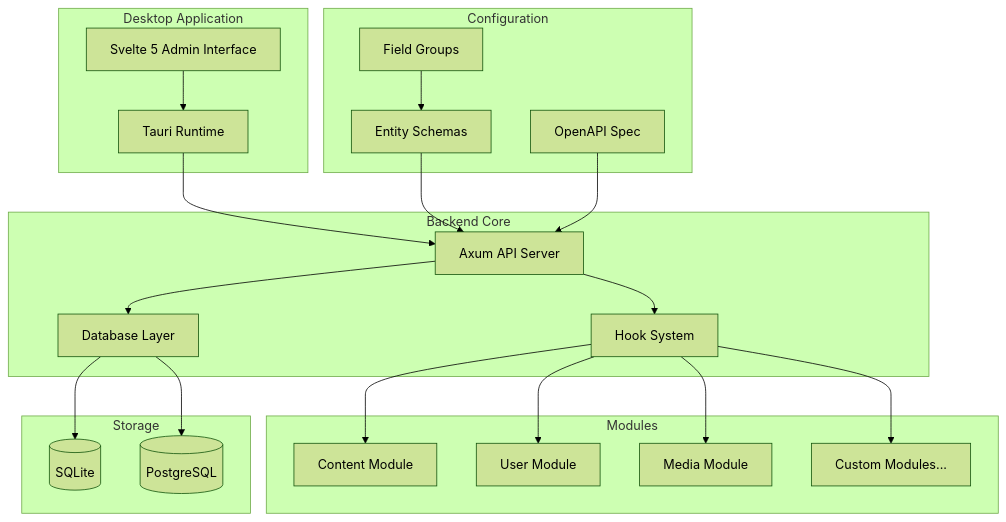
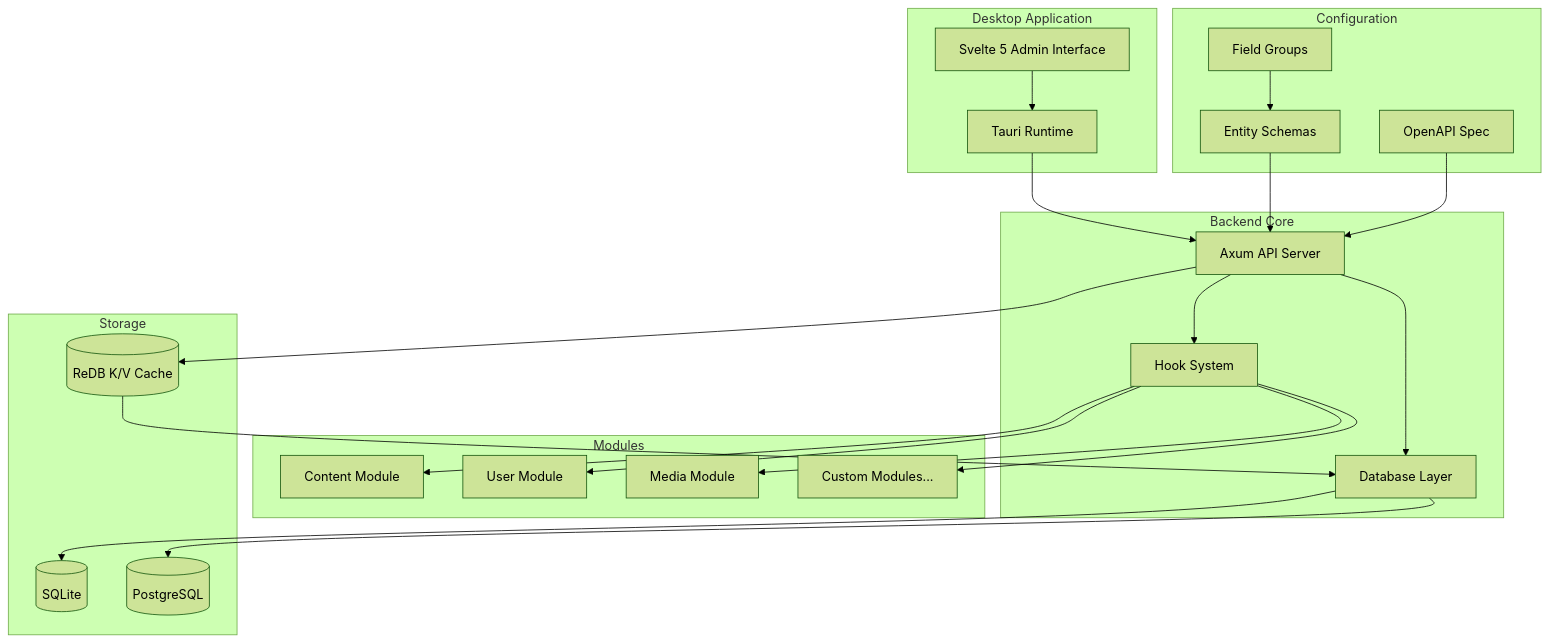
One commit to gatewaynode/marain changed the first of 3 diagrams in documentation/MARAIN-ARCH.md. Above: the diagram before and after it, drawn with Mermaid (forest theme). The commit also changed other lines of this file and 15 other files, not shown here.

````diff
--- a/documentation/MARAIN-ARCH.md
+++ b/documentation/MARAIN-ARCH.md
@@ -6,46 +6,49 @@
 ```mermaid
 graph TB
     subgraph "Desktop Application"
         UI[Svelte 5 Admin Interface]
         TAURI[Tauri Runtime]
     end
     
     subgraph "Backend Core"
         API[Axum API Server]
         HOOKS[Hook System]
         DB[Database Layer]
     end
     
     subgraph "Modules"
         MOD1[Content Module]
         MOD2[User Module]
         MOD3[Media Module]
         MODN[Custom Modules...]
     end
     
     subgraph "Configuration"
         SCHEMAS[Entity Schemas]
         OPENAPI[OpenAPI Spec]
         FIELDGROUPS[Field Groups]
     end
     
     subgraph "Storage"
         SQLITE[(SQLite)]
         POSTGRES[(PostgreSQL)]
+        CACHE[(ReDB K/V Cache)]
     end
     
     UI --> TAURI
     TAURI --> API
+    API --> CACHE
     API --> HOOKS
     HOOKS --> MOD1
     HOOKS --> MOD2
     HOOKS --> MOD3
     HOOKS --> MODN
     API --> DB
+    CACHE --> DB
     DB --> SQLITE
     DB --> POSTGRES
     
     SCHEMAS --> API
     OPENAPI --> API
     FIELDGROUPS --> SCHEMAS
 ```
````
